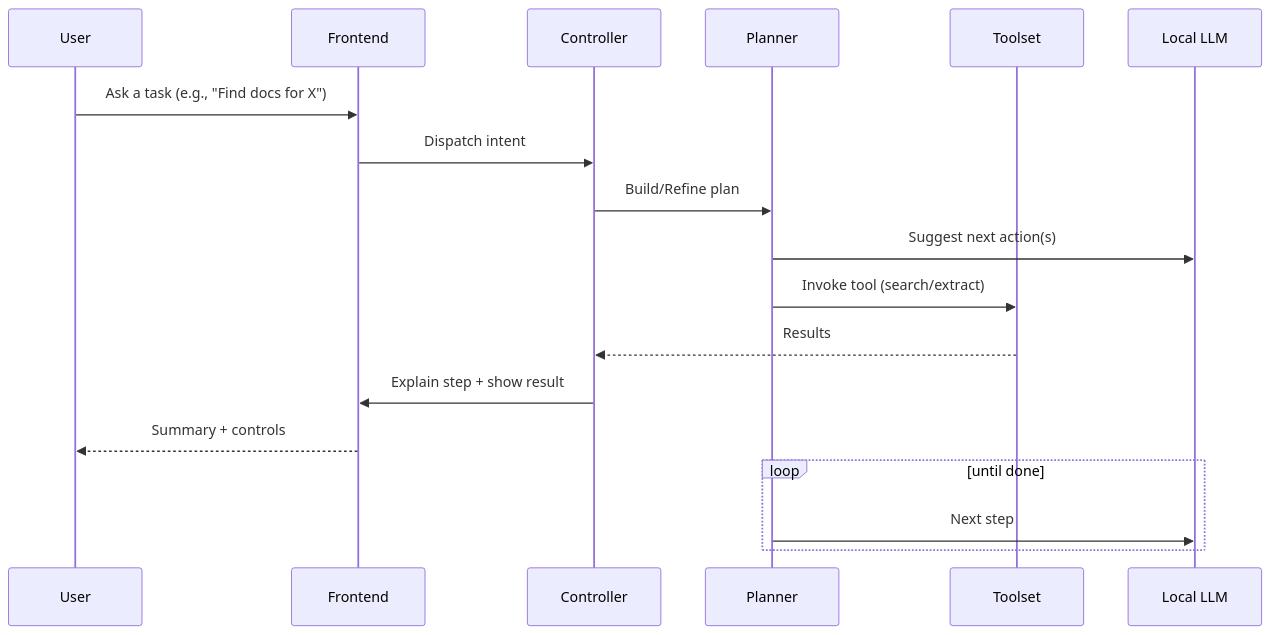
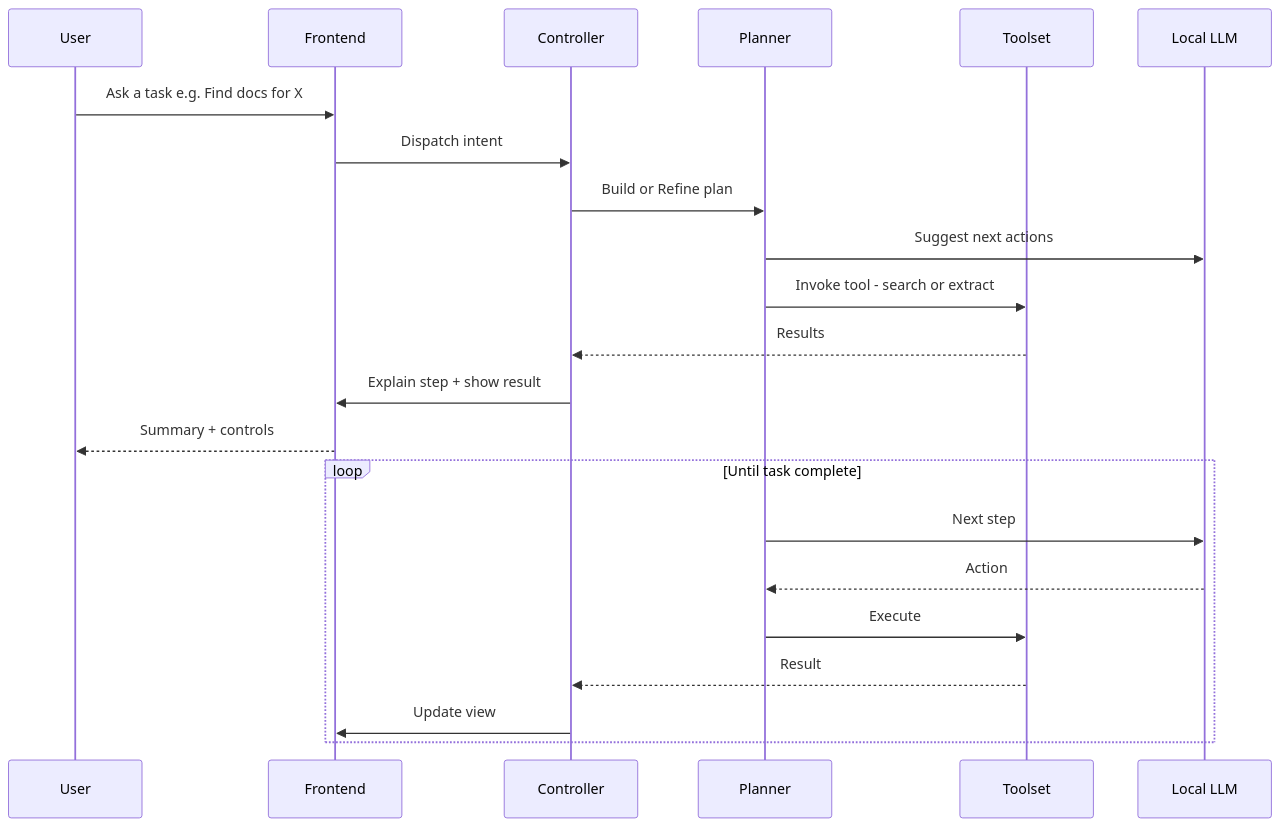
The second of 4 diagrams in README.md (AshmitThakur23/Local-AI-Web-Navigator-Future-Prototype), drawn with Mermaid before and after one commit. The commit also changed other lines of this file, not shown here.

````diff
--- a/README.md
+++ b/README.md
@@ -149,21 +134,25 @@
 ```mermaid
 sequenceDiagram
     participant U as User
     participant UI as Frontend
     participant C as Controller
     participant P as Planner
     participant T as Toolset
     participant M as Local LLM
 
-    U->>UI: Ask a task (e.g., "Find docs for X")
+    U->>UI: Ask a task e.g. Find docs for X
     UI->>C: Dispatch intent
-    C->>P: Build/Refine plan
-    P->>M: Suggest next action(s)
-    P->>T: Invoke tool (search/extract)
+    C->>P: Build or Refine plan
+    P->>M: Suggest next actions
+    P->>T: Invoke tool - search or extract
     T-->>C: Results
     C->>UI: Explain step + show result
     UI-->>U: Summary + controls
-    loop until done
-      P->>M: Next step
+    loop Until task complete
+        P->>M: Next step
+        M-->>P: Action
+        P->>T: Execute
+        T-->>C: Result
+        C->>UI: Update view
     end
 ```
````
